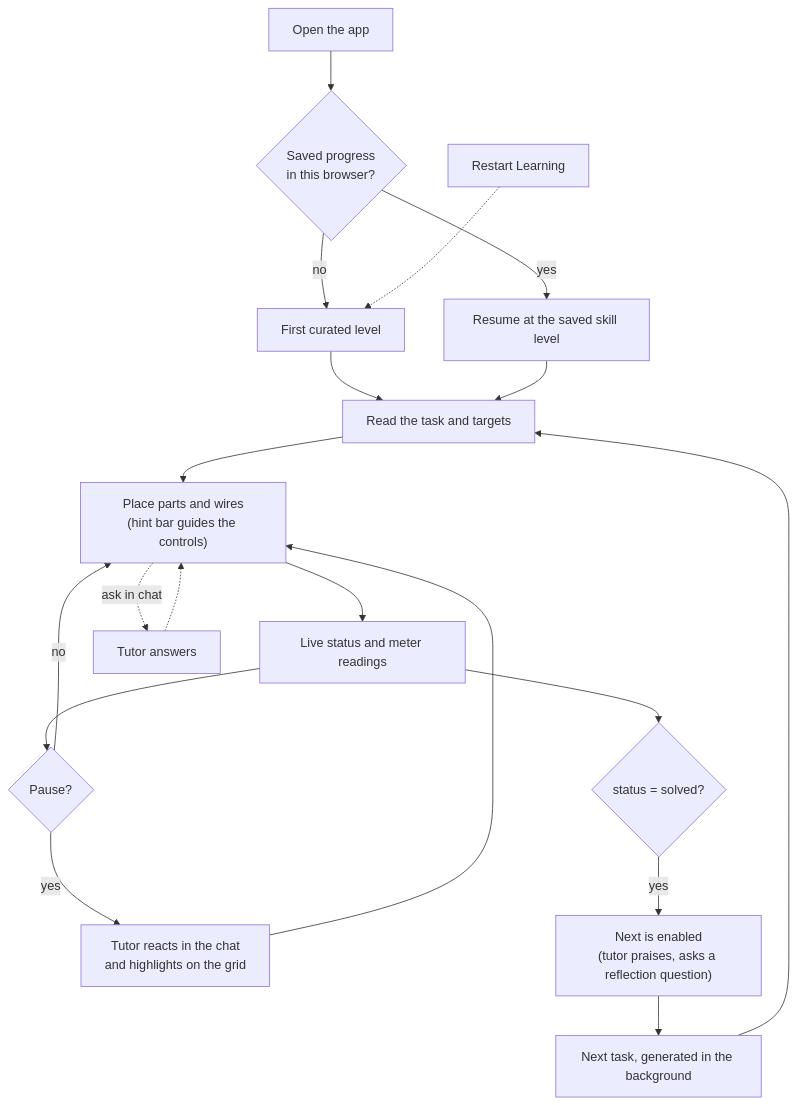
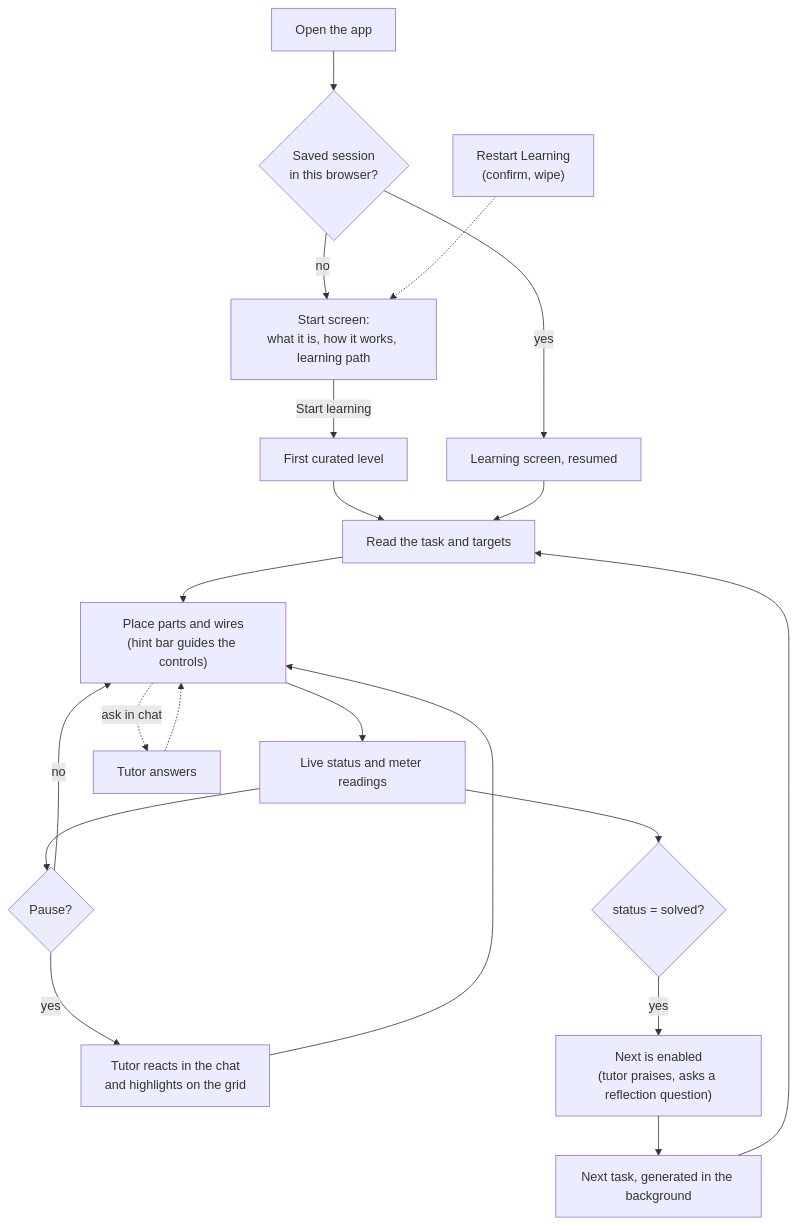
Before and after one commit to VOxFF/schematics-ai-tutor: the diagram in docs/gui.md, drawn with Mermaid. The commit also changed other lines of this file and 3 other files, not shown here.

First line of the commit message:
Add start screen, session persistence and Restart Learning to the GUI

````diff
--- a/docs/gui.md
+++ b/docs/gui.md
@@ -90,21 +133,22 @@
 ```mermaid
 flowchart TD
-    O[Open the app] --> P{"Saved progress<br/>in this browser?"}
-    P -- no --> L1[First curated level]
-    P -- yes --> R[Resume at the saved skill level]
+    O[Open the app] --> P{"Saved session<br/>in this browser?"}
+    P -- no --> SS["Start screen:<br/>what it is, how it works, learning path"]
+    SS -- "Start learning" --> L1[First curated level]
+    P -- yes --> R["Learning screen, resumed"]
     L1 --> B
     R --> B
     B["Read the task and targets"] --> E["Place parts and wires<br/>(hint bar guides the controls)"]
     E --> LV["Live status and meter readings"]
     LV --> PA{"Pause?"}
     PA -- yes --> TR["Tutor reacts in the chat<br/>and highlights on the grid"]
     TR --> E
     PA -- no --> E
     E -. "ask in chat" .-> TC[Tutor answers]
     TC -.-> E
     LV --> S{"status = solved?"}
     S -- yes --> N["Next is enabled<br/>(tutor praises, asks a reflection question)"]
     N --> G["Next task, generated in the background"]
     G --> B
-    RL["Restart Learning"] -.-> L1
+    RL["Restart Learning<br/>(confirm, wipe)"] -.-> SS
 ```
````
